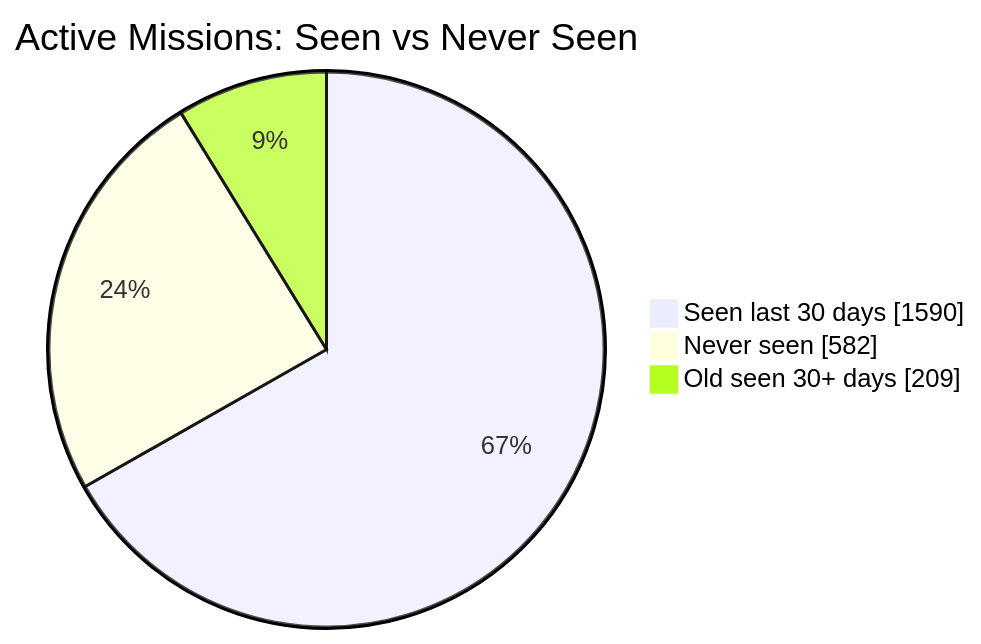
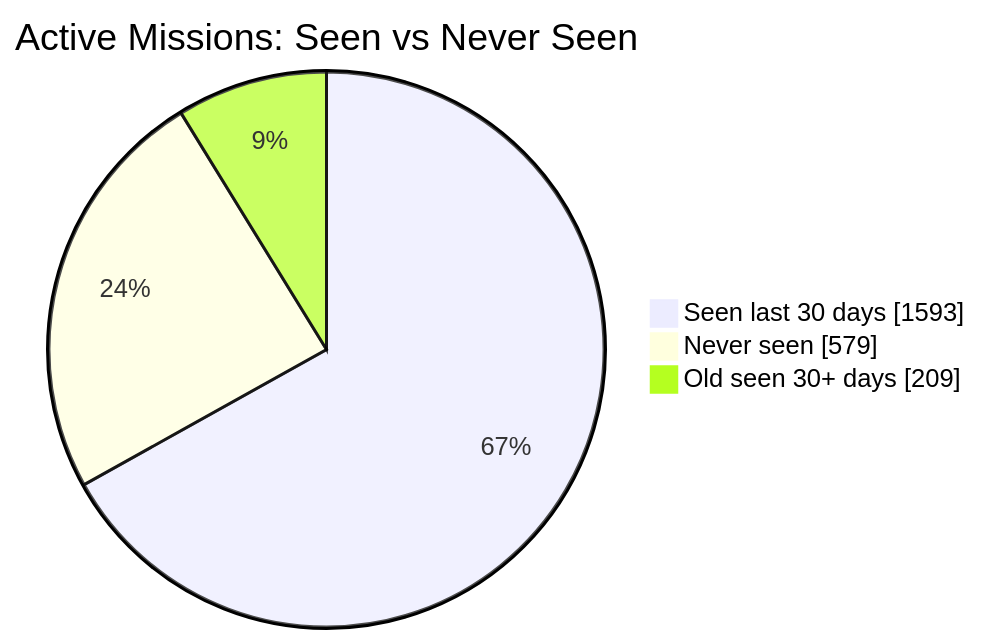
Before and after one commit to MeldkamerspelGameTeam/active-missions: the first of 2 diagrams in README.md, drawn with Mermaid. The commit also changed other lines of this file and 3 other files, not shown here.

````diff
--- a/README.md
+++ b/README.md
@@ -34,7 +34,7 @@
 ```mermaid
 pie showData
     title Active Missions: Seen vs Never Seen
-    "Seen last 30 days" : 1590
-    "Never seen" : 582
+    "Seen last 30 days" : 1593
+    "Never seen" : 579
     "Old seen 30+ days" : 209
 ```
````
